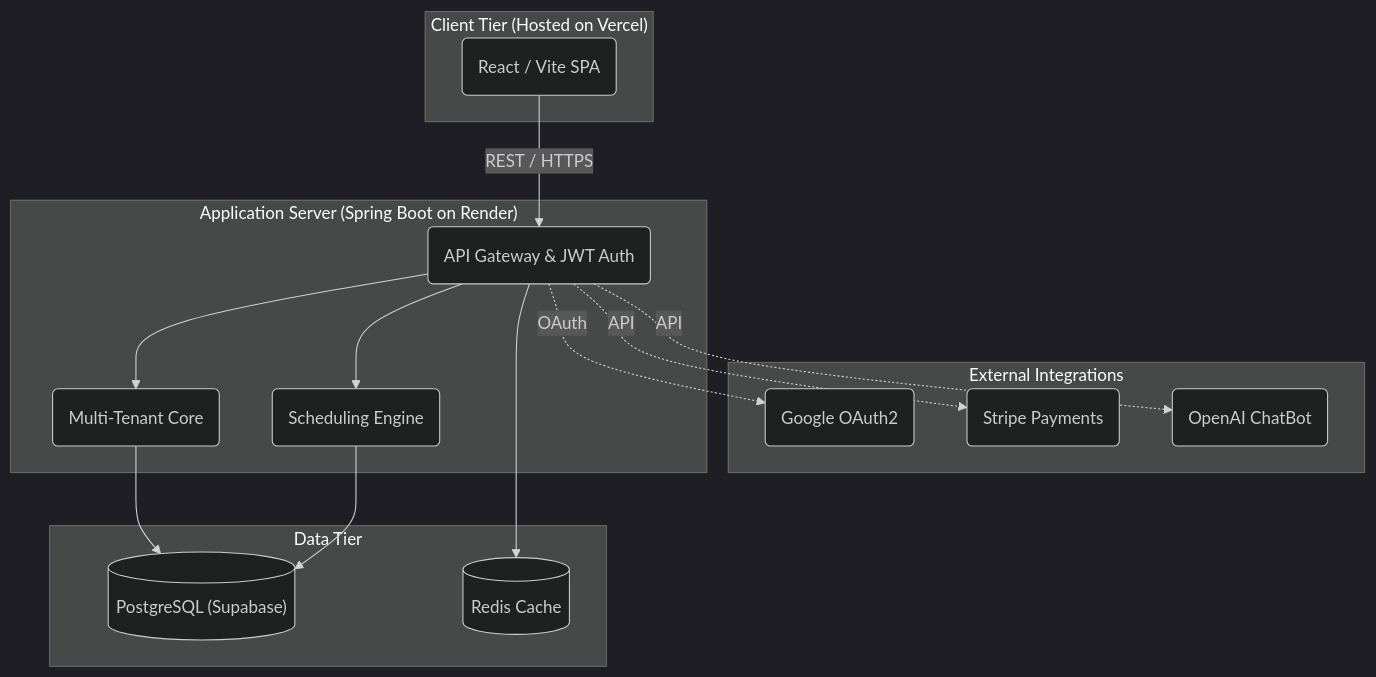
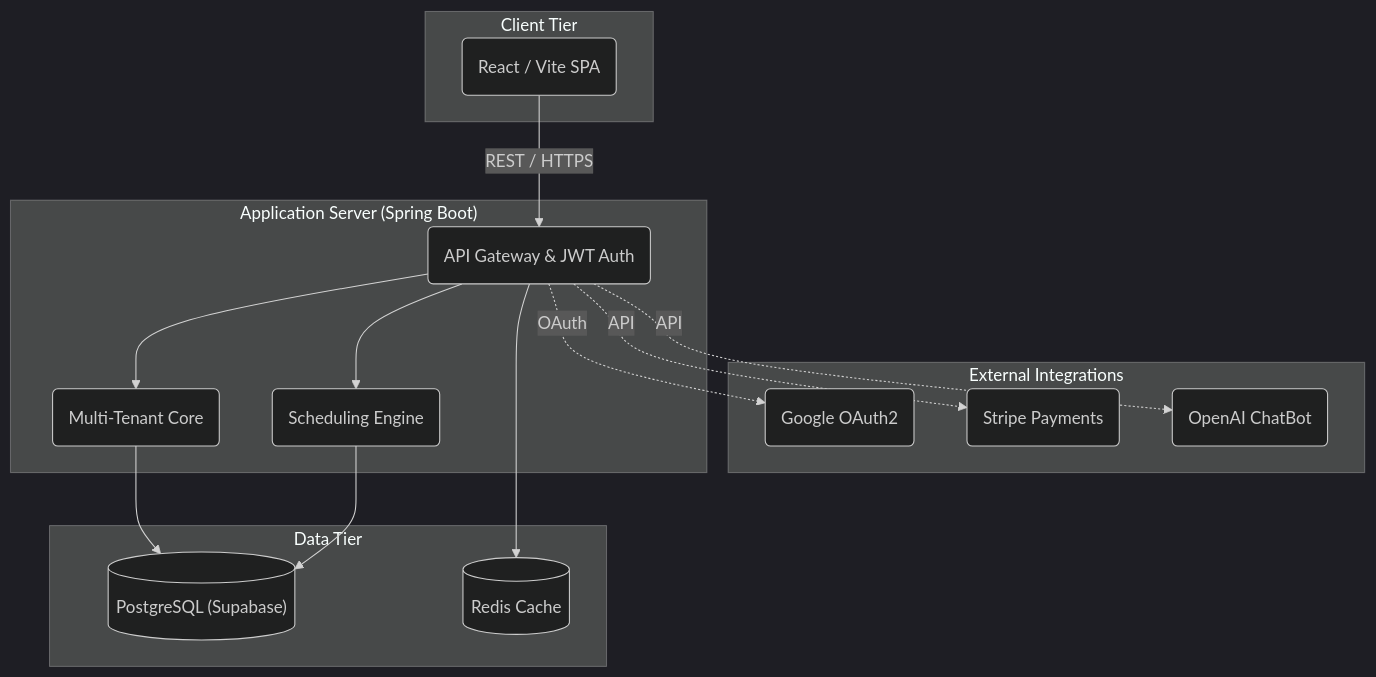
Before and after one commit to nims-creation/Scheduleo: the diagram in README.md, drawn with Mermaid (dark theme). The commit also changed other lines of this file, not shown here.

Commit message:
docs: correct URLs to match exact Render deployment names

````diff
--- a/README.md
+++ b/README.md
@@ -37,33 +37,33 @@
 ```mermaid
 flowchart TD
-    subgraph Client ["Client Tier (Hosted on Vercel)"]
+    subgraph Client ["Client Tier"]
         frontend("React / Vite SPA")
     end
 
     subgraph External ["External Integrations"]
         google("Google OAuth2")
         stripe("Stripe Payments")
         openai("OpenAI ChatBot")
     end
 
-    subgraph App ["Application Server (Spring Boot on Render)"]
+    subgraph App ["Application Server (Spring Boot)"]
         gateway("API Gateway & JWT Auth")
         engine("Scheduling Engine")
         core("Multi-Tenant Core")
     end
 
     subgraph DB ["Data Tier"]
         pg[("PostgreSQL (Supabase)")]
         redis[("Redis Cache")]
     end
 
     frontend -->|REST / HTTPS| gateway
     gateway --> engine
     gateway --> core
     core --> pg
     engine --> pg
     gateway --> redis
     gateway -.->|OAuth| google
     gateway -.->|API| stripe
     gateway -.->|API| openai
 ```
````
